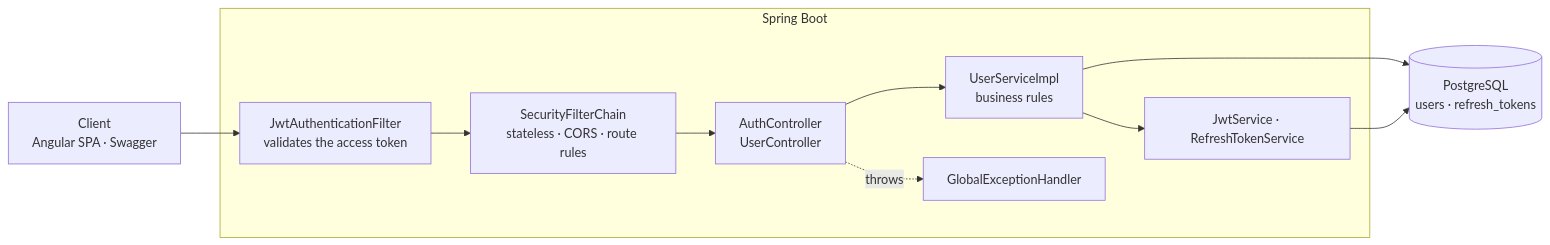
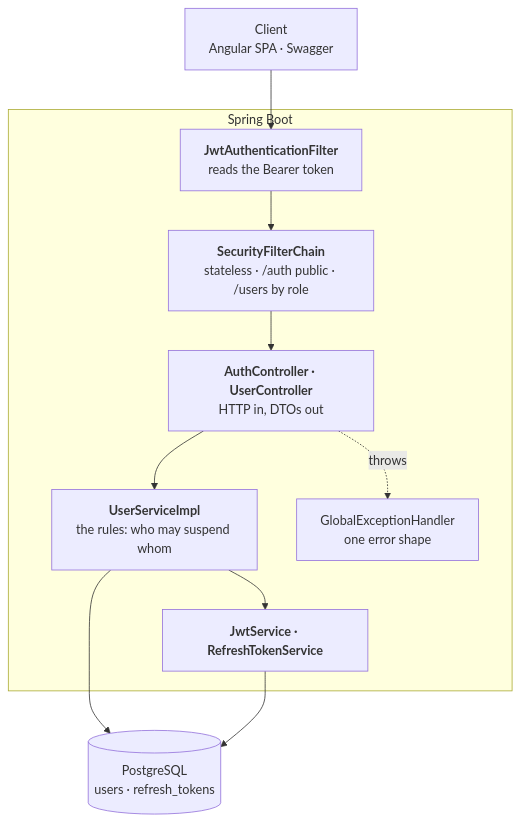
One commit to bakaruu/user-management-api changed the first of 2 diagrams in README.md. Above: the diagram before and after it, drawn with Mermaid. The commit also changed other lines of this file, not shown here.

Commit message:
docs: redraw the architecture diagrams so they actually read

````diff
--- a/README.md
+++ b/README.md
@@ -31,21 +33,19 @@
 ```mermaid
-flowchart LR
-    client[Client<br/>Angular SPA · Swagger] --> filter
+flowchart TD
+    client["Client<br/>Angular SPA · Swagger"] --> filter
 
-    subgraph app[Spring Boot]
-        filter[JwtAuthenticationFilter<br/>validates the access token]
-        chain[SecurityFilterChain<br/>stateless · CORS · route rules]
-        controllers[AuthController<br/>UserController]
-        service[UserServiceImpl<br/>business rules]
-        jwt[JwtService · RefreshTokenService]
-        handler[GlobalExceptionHandler]
+    subgraph boot["Spring Boot"]
+        filter["<b>JwtAuthenticationFilter</b><br/>reads the Bearer token"]
+        rules["<b>SecurityFilterChain</b><br/>stateless · /auth public · /users by role"]
+        ctrl["<b>AuthController · UserController</b><br/>HTTP in, DTOs out"]
+        svc["<b>UserServiceImpl</b><br/>the rules: who may suspend whom"]
+        tok["<b>JwtService · RefreshTokenService</b>"]
+        err["GlobalExceptionHandler<br/>one error shape"]
+
+        filter --> rules --> ctrl --> svc --> tok
+        ctrl -. "throws" .-> err
     end
 
-    db[(PostgreSQL<br/>users · refresh_tokens)]
-
-    filter --> chain --> controllers --> service
-    service --> jwt
-    service --> db
-    jwt --> db
-    controllers -. throws .-> handler
+    svc --> db[("PostgreSQL<br/>users · refresh_tokens")]
+    tok --> db
 ```
````
